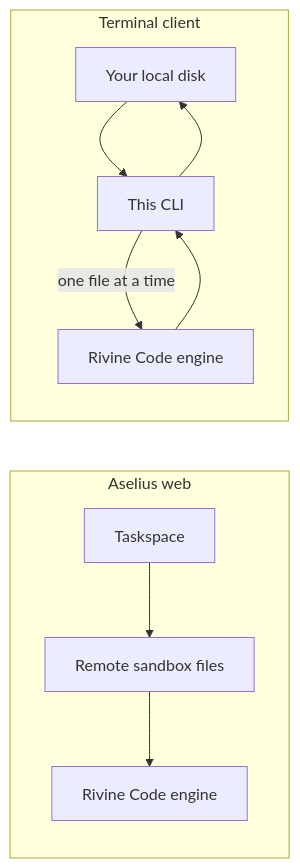
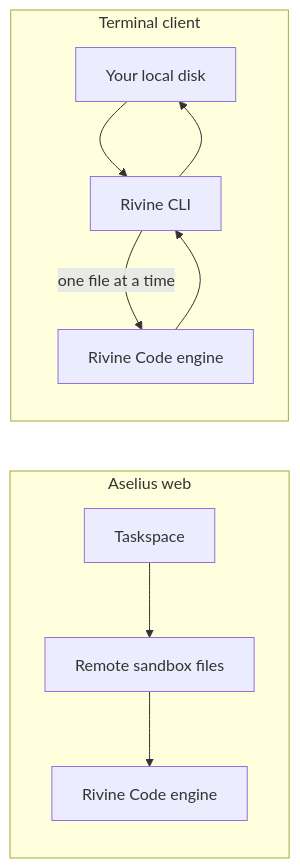
One commit to Beunec/beunec-site-staging changed the first of 2 diagrams in Beunec Docs/rivine agentic engines/rivine-code_cli.md. Above: the diagram before and after it, drawn with Mermaid. The commit also changed other lines of this file and 99 other files, not shown here.

````diff
--- a/Beunec Docs/rivine agentic engines/rivine-code_cli.md
+++ b/Beunec Docs/rivine agentic engines/rivine-code_cli.md
@@ -21,13 +33,13 @@
 ```mermaid
 flowchart LR
     subgraph Web["Aselius web"]
       W1[Taskspace] --> W2[Remote sandbox files]
       W2 --> W3[Rivine Code engine]
     end
     subgraph CLI["Terminal client"]
-      C1[Your local disk] --> C2[This CLI]
+      C1[Your local disk] --> C2[Rivine CLI]
       C2 -->|one file at a time| C3[Rivine Code engine]
       C3 --> C2
       C2 --> C1
     end
 ```
````
